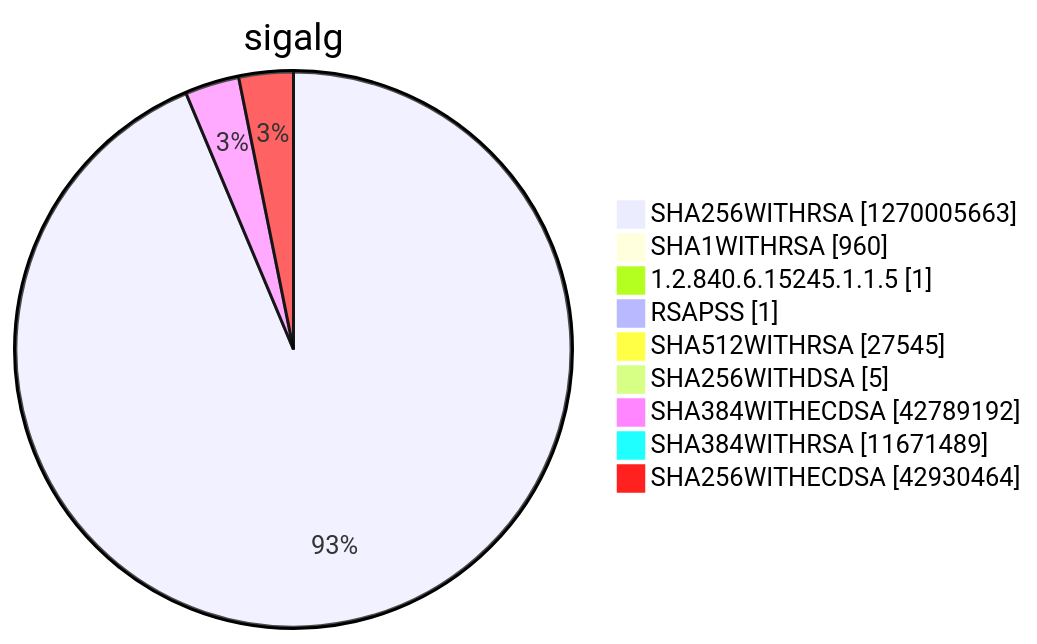
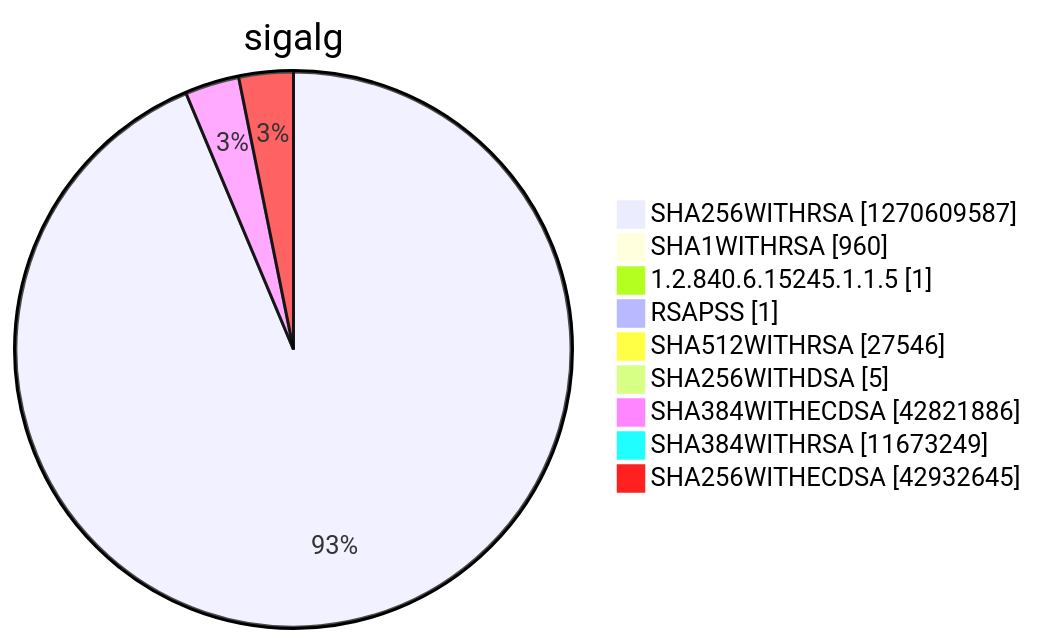
One commit to christiankrug/ctmonitor_visualization changed diagram 15 of 15 in argon2022/README.md. Above: the diagram before and after it, drawn with Mermaid. The commit also changed other lines of this file, not shown here.

````diff
--- a/argon2022/README.md
+++ b/argon2022/README.md
@@ -5522,13 +5522,13 @@
 ```mermaid
 pie showData
 title sigalg
-"SHA256WITHRSA" :1270005663
+"SHA256WITHRSA" :1270609587
 "SHA1WITHRSA" :960
 "1.2.840.6.15245.1.1.5" :1
 "RSAPSS" :1
-"SHA512WITHRSA" :27545
+"SHA512WITHRSA" :27546
 "SHA256WITHDSA" :5
-"SHA384WITHECDSA" :42789192
-"SHA384WITHRSA" :11671489
-"SHA256WITHECDSA" :42930464
+"SHA384WITHECDSA" :42821886
+"SHA384WITHRSA" :11673249
+"SHA256WITHECDSA" :42932645
 ```
````
